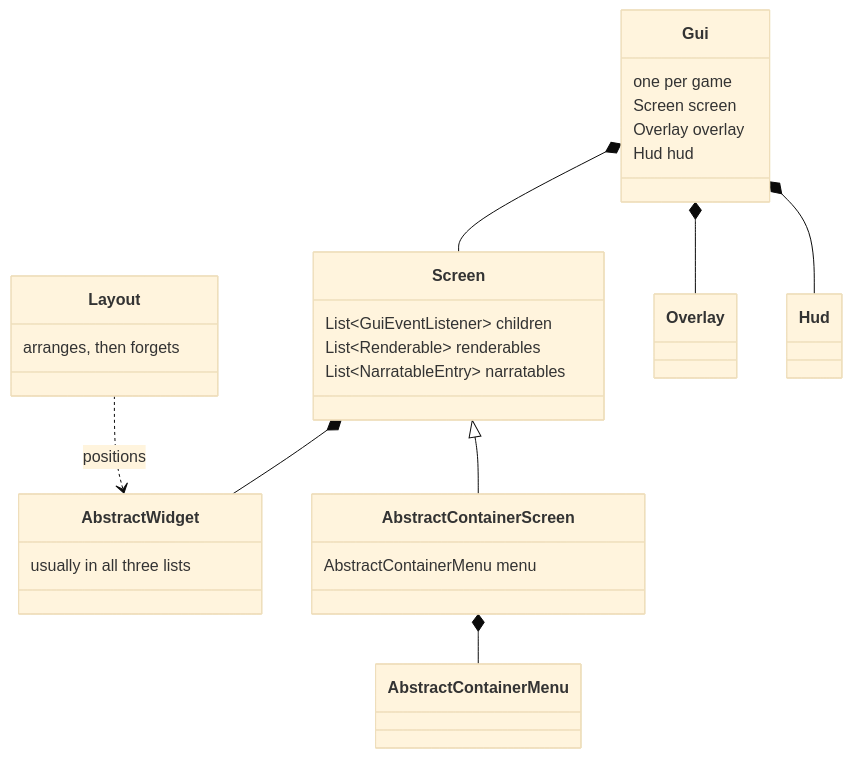
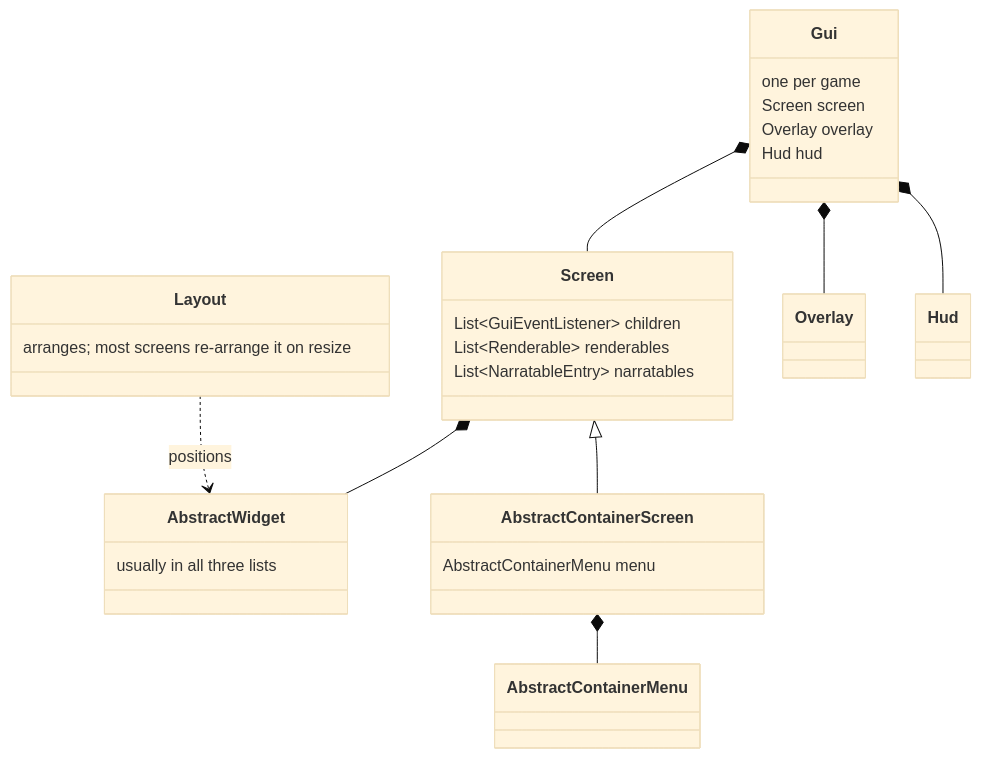
The first of 2 diagrams in src/systems/client/gui-and-screens.md (AlexanderjFraser/MinecraftDocs), drawn with Mermaid (base theme) before and after one commit. The commit also changed other lines of this file and 33 other files, not shown here.

````diff
--- a/src/systems/client/gui-and-screens.md
+++ b/src/systems/client/gui-and-screens.md
@@ -41,30 +41,30 @@
 ```mermaid
 classDiagram
     class Gui {
         one per game
         Screen screen
         Overlay overlay
         Hud hud
     }
     class Screen {
         List~GuiEventListener~ children
         List~Renderable~ renderables
         List~NarratableEntry~ narratables
     }
     class AbstractWidget {
         usually in all three lists
     }
     class AbstractContainerScreen {
         AbstractContainerMenu menu
     }
     class Layout {
-        arranges, then forgets
+        arranges; most screens re-arrange it on resize
     }
     Gui *-- Screen
     Gui *-- Overlay
     Gui *-- Hud
     Screen *-- AbstractWidget
     Screen <|-- AbstractContainerScreen
     AbstractContainerScreen *-- AbstractContainerMenu
     Layout ..> AbstractWidget : positions
 ```
````
